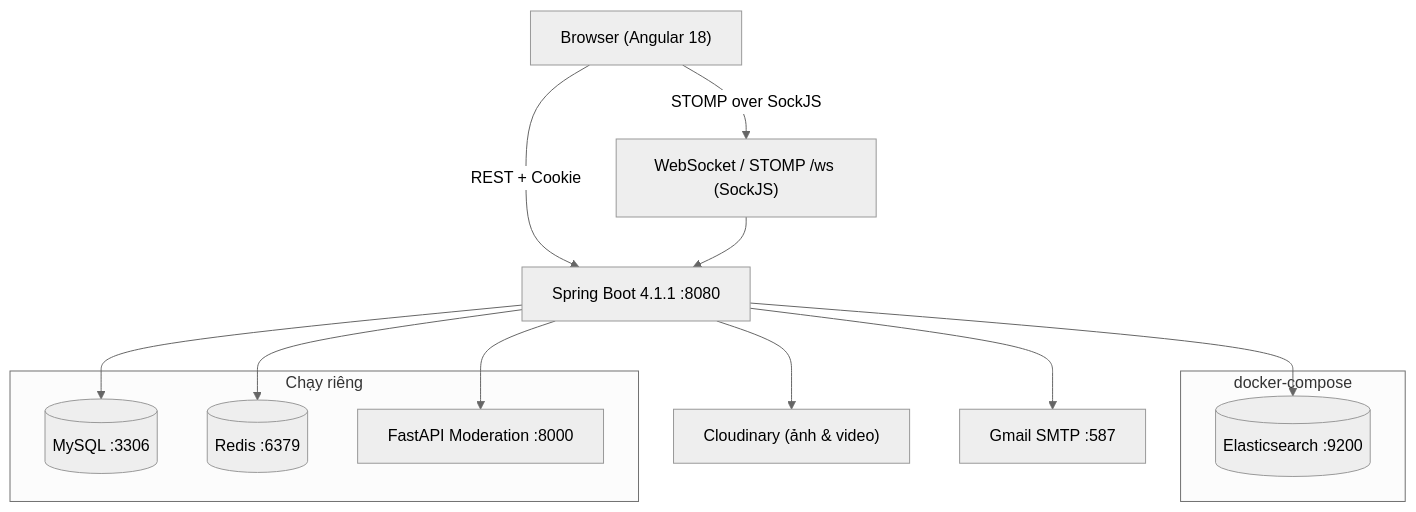
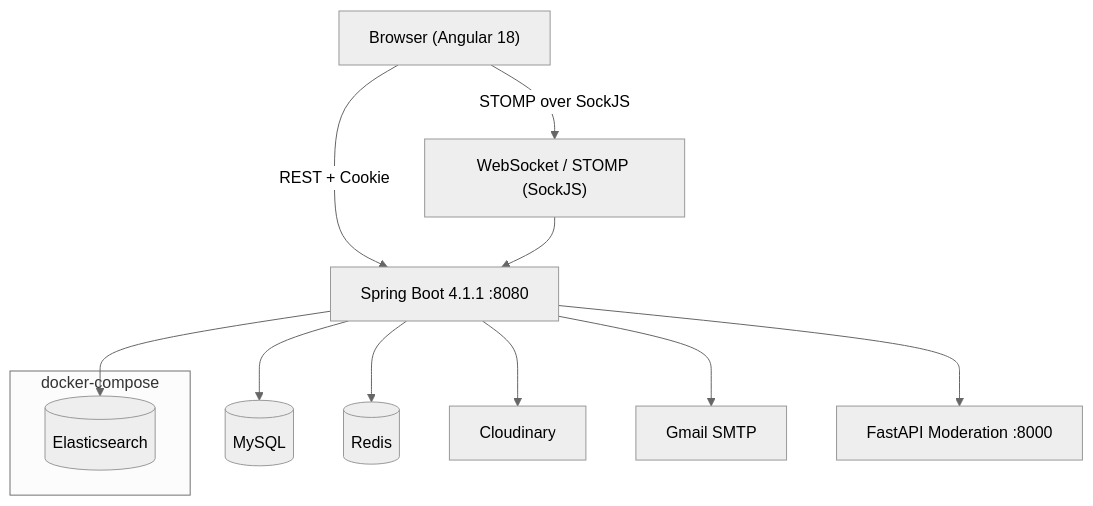
One commit to NKHung151/My-Space changed the first of 4 diagrams in README.md. Above: the diagram before and after it, drawn with Mermaid (neutral theme). The commit also changed other lines of this file, not shown here.

````diff
--- a/README.md
+++ b/README.md
@@ -101,32 +68,26 @@
 ```mermaid
 graph TD
     Browser["Browser (Angular 18)"]
     BE["Spring Boot 4.1.1 :8080"]
-    WS["WebSocket / STOMP /ws (SockJS)"]
-    MySQL[("MySQL :3306")]
-    Redis[("Redis :6379")]
-    ES[("Elasticsearch :9200")]
-    Cloudinary["Cloudinary (ảnh & video)"]
-    SMTP["Gmail SMTP :587"]
+    WS["WebSocket / STOMP (SockJS)"]
+    MySQL[("MySQL")]
+    Redis[("Redis")]
+    ES[("Elasticsearch")]
+    Cloudinary["Cloudinary"]
+    SMTP["Gmail SMTP"]
     AI["FastAPI Moderation :8000"]
 
     Browser -- "REST + Cookie" --> BE
     Browser -- "STOMP over SockJS" --> WS
     WS --> BE
     BE --> MySQL
     BE --> Redis
     BE --> ES
     BE --> Cloudinary
     BE --> SMTP
     BE --> AI
 
     subgraph docker-compose
         ES
     end
-
-    subgraph "Chạy riêng"
-        Redis
-        MySQL
-        AI
-    end
 ```
````
